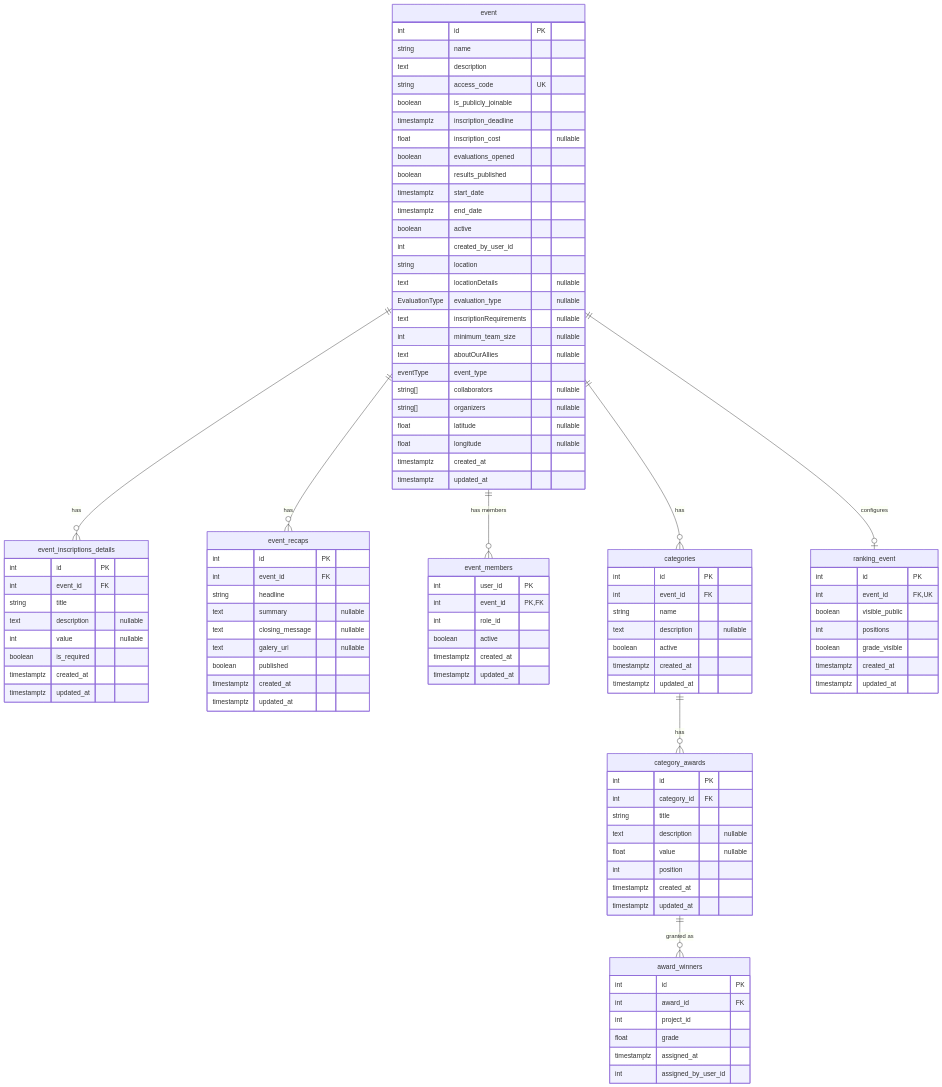
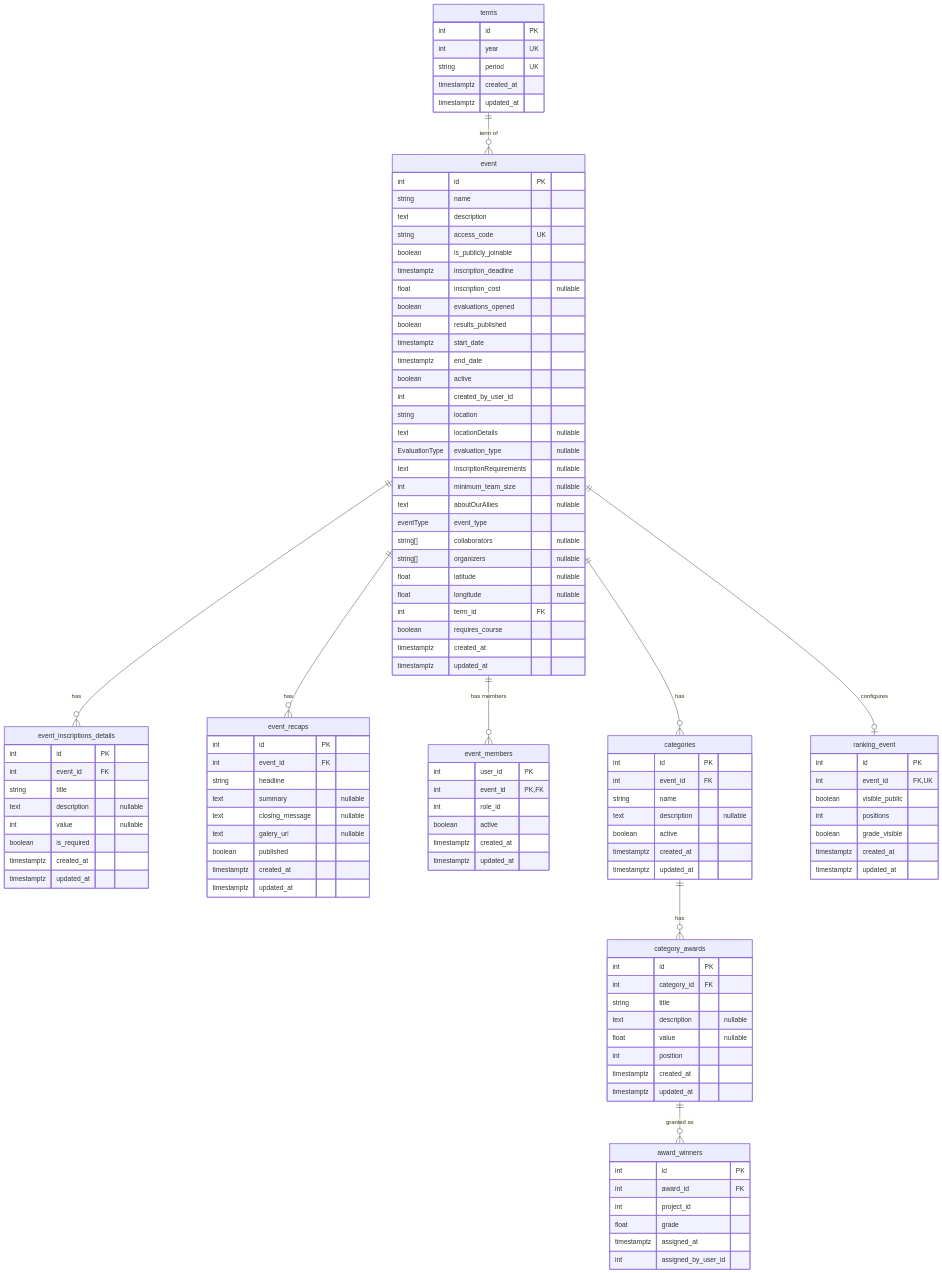
One commit to PCPI-UN/Iris changed the diagram in docs/event-service/schema.md. Above: the diagram before and after it, drawn with Mermaid. The commit also changed other lines of this file and 67 other files, not shown here.

First line of the commit message:
[CU-86e3vmz0m]: course section required on every project, academic terms in event-service and read scope by permissions

```diff
--- a/docs/event-service/schema.md
+++ b/docs/event-service/schema.md
@@ -33,6 +33,16 @@
         string[] organizers "nullable"
         float latitude "nullable"
         float longitude "nullable"
+        int term_id FK
+        boolean requires_course
+        timestamptz created_at
+        timestamptz updated_at
+    }
+
+    terms {
+        int id PK
+        int year UK
+        string period UK
         timestamptz created_at
         timestamptz updated_at
     }
@@ -109,6 +119,7 @@
         timestamptz updated_at
     }
 
+    terms ||--o{ event : "term of"
     event ||--o{ event_members : "has members"
     event ||--o{ categories : "has"
     event ||--o{ event_inscriptions_details : "has"
```
